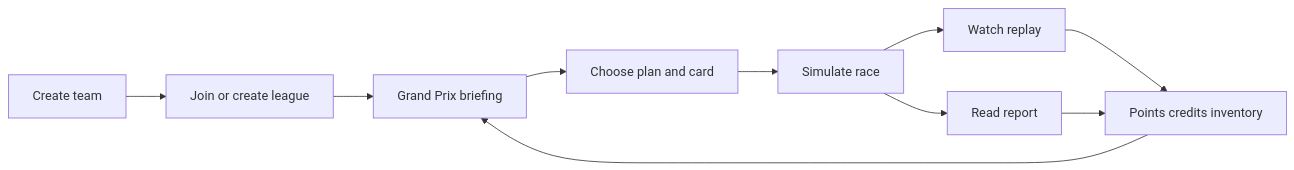
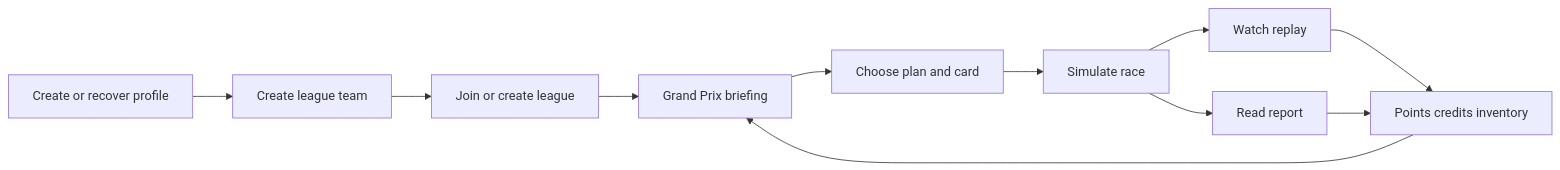
Before and after one commit to AlexAgo83/cr-league: the diagram in logics/product/prod_001_cr_league_product_brief.md, drawn with Mermaid. The commit also changed other lines of this file and 17 other files, not shown here.

````diff
--- a/logics/product/prod_001_cr_league_product_brief.md
+++ b/logics/product/prod_001_cr_league_product_brief.md
@@ -24,12 +26,13 @@
 ```mermaid
 flowchart LR
-  Team[Create team] --> League[Join or create league]
+  Profile[Create or recover profile] --> Team[Create league team]
+  Team --> League[Join or create league]
   League --> Briefing[Grand Prix briefing]
   Briefing --> Prep[Choose plan and card]
   Prep --> Sim[Simulate race]
   Sim --> Replay[Watch replay]
   Sim --> Report[Read report]
   Replay --> Rewards[Points credits inventory]
   Report --> Rewards
   Rewards --> Briefing
 ```
````
